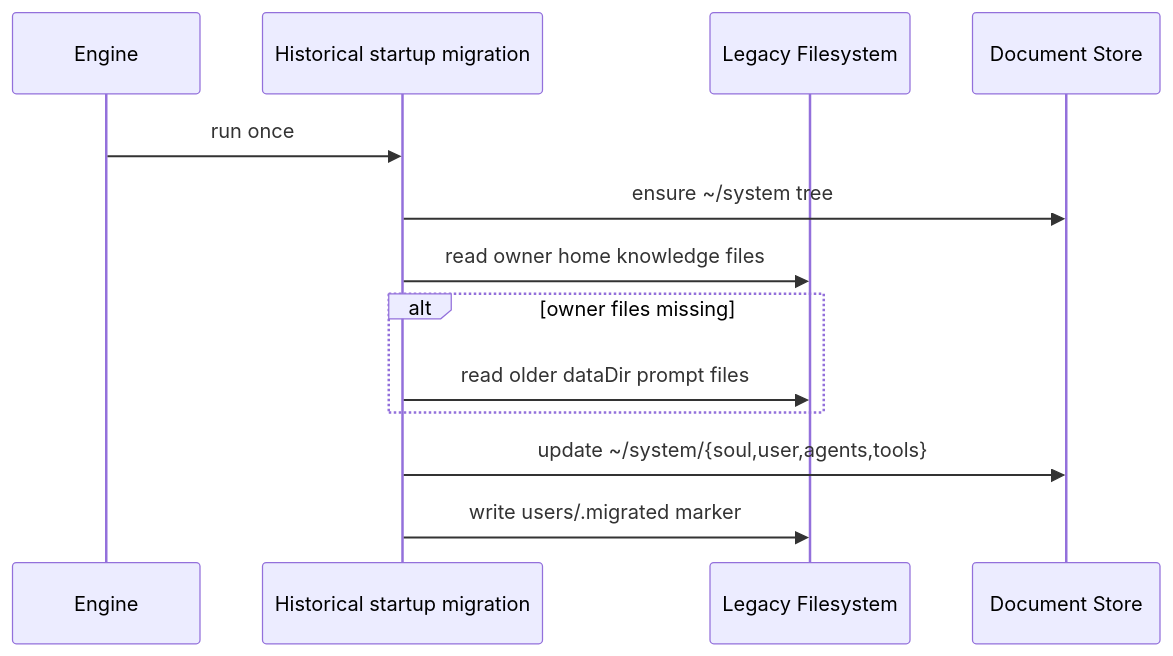
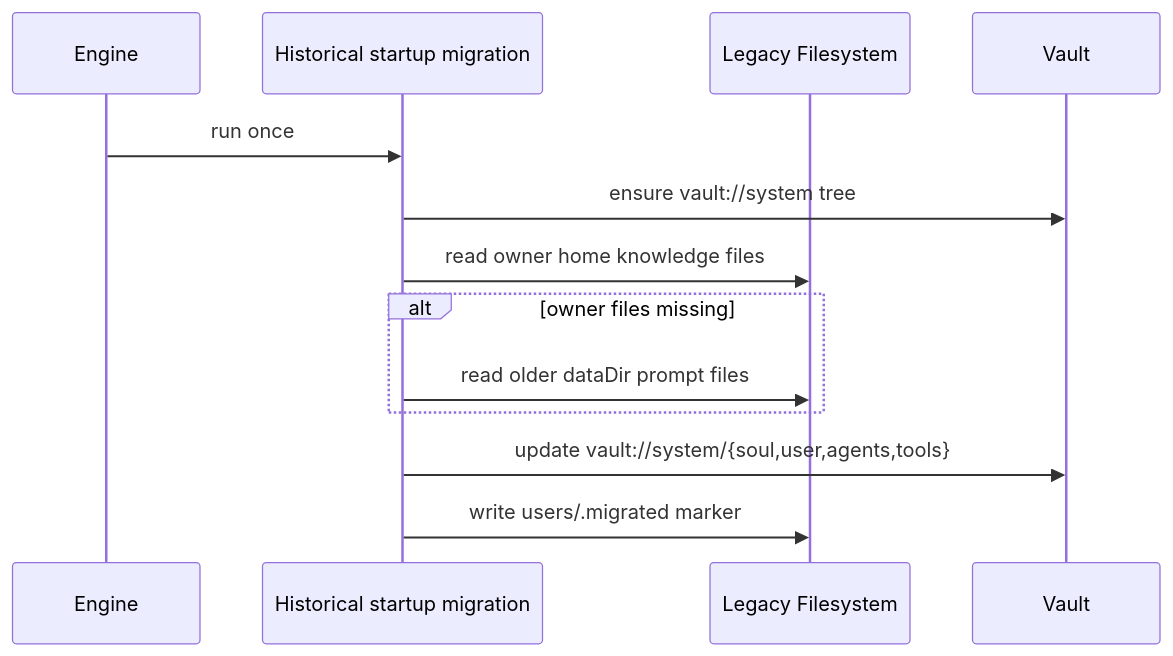
The second of 3 diagrams in doc/20260306-system-doc-store-migration.md (ex3ndr/daycare), drawn with Mermaid before and after one commit. The commit also changed other lines of this file and 112 other files, not shown here.

````diff
--- a/doc/20260306-system-doc-store-migration.md
+++ b/doc/20260306-system-doc-store-migration.md
@@ -34,16 +34,16 @@
 ```mermaid
 sequenceDiagram
     participant Engine
     participant Migrate as Historical startup migration
     participant FS as Legacy Filesystem
-    participant Docs as Document Store
+    participant Docs as Vault
 
     Engine->>Migrate: run once
-    Migrate->>Docs: ensure ~/system tree
+    Migrate->>Docs: ensure vault://system tree
     Migrate->>FS: read owner home knowledge files
     alt owner files missing
         Migrate->>FS: read older dataDir prompt files
     end
-    Migrate->>Docs: update ~/system/{soul,user,agents,tools}
+    Migrate->>Docs: update vault://system/{soul,user,agents,tools}
     Migrate->>FS: write users/.migrated marker
 ```
````
